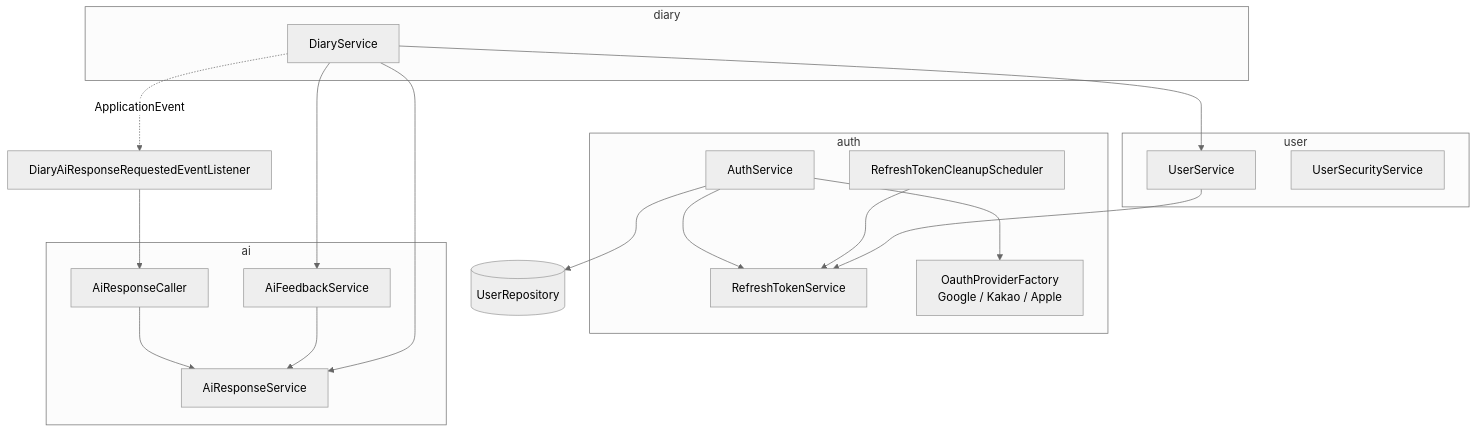
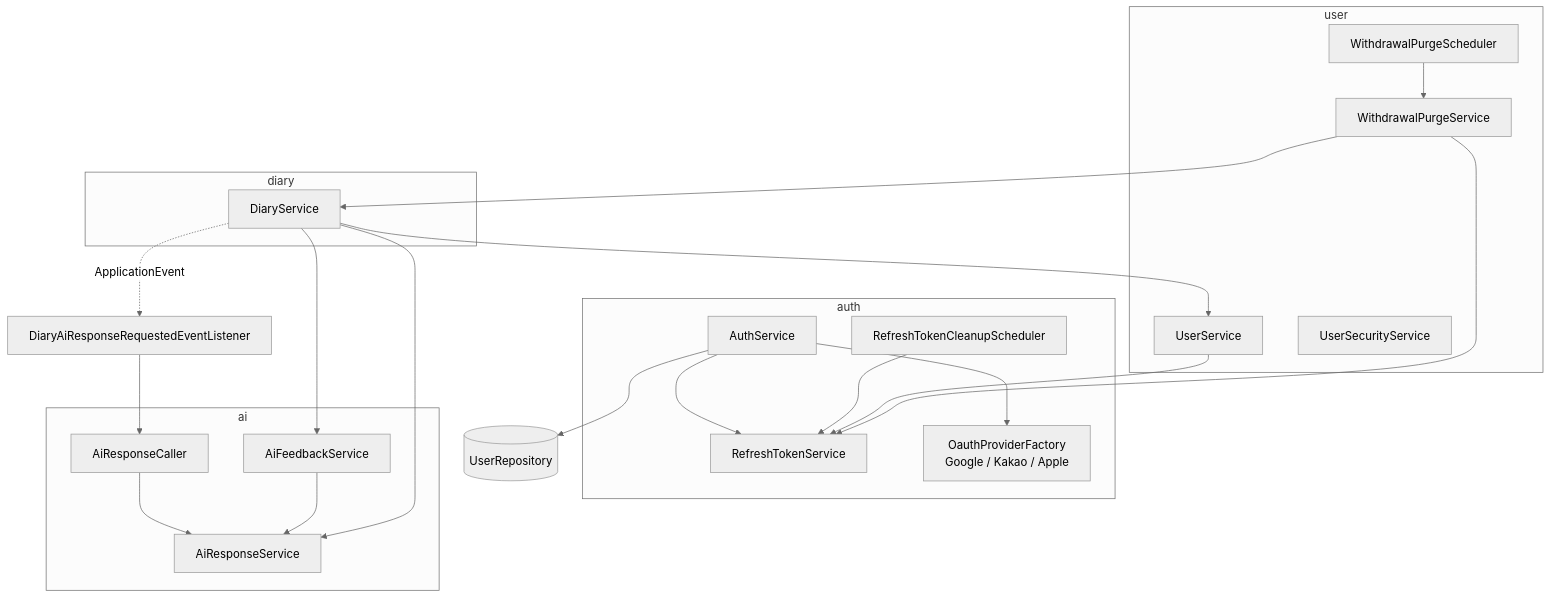
The third of 8 diagrams in docs/architecture.md (hearu-application/backend), drawn with Mermaid (neutral theme) before and after one commit. The commit also changed other lines of this file and 29 other files, not shown here.

````diff
--- a/docs/architecture.md
+++ b/docs/architecture.md
@@ -98,33 +98,36 @@
 ```mermaid
 graph TD
     subgraph auth
         AuthSvc[AuthService] --> RtSvc[RefreshTokenService]
         AuthSvc --> Factory[OauthProviderFactory<br/>Google / Kakao / Apple]
         Sched[RefreshTokenCleanupScheduler] --> RtSvc
     end
 
     subgraph user
         UserSvc[UserService] --> RtSvc
         SecSvc[UserSecurityService]
+        PurgeSched[WithdrawalPurgeScheduler] --> PurgeSvc[WithdrawalPurgeService]
+        PurgeSvc --> RtSvc
     end
 
     subgraph diary
         DiarySvc[DiaryService]
     end
 
     subgraph ai
         ArSvc[AiResponseService]
         Caller[AiResponseCaller]
         AfSvc[AiFeedbackService]
         Caller --> ArSvc
         AfSvc --> ArSvc
     end
 
     DiarySvc --> UserSvc
+    PurgeSvc --> DiarySvc
     DiarySvc --> ArSvc
     DiarySvc --> AfSvc
     AuthSvc --> UserRepo[(UserRepository)]
 
     Listener[DiaryAiResponseRequestedEventListener] --> Caller
     DiarySvc -. ApplicationEvent .-> Listener
 ```
````
